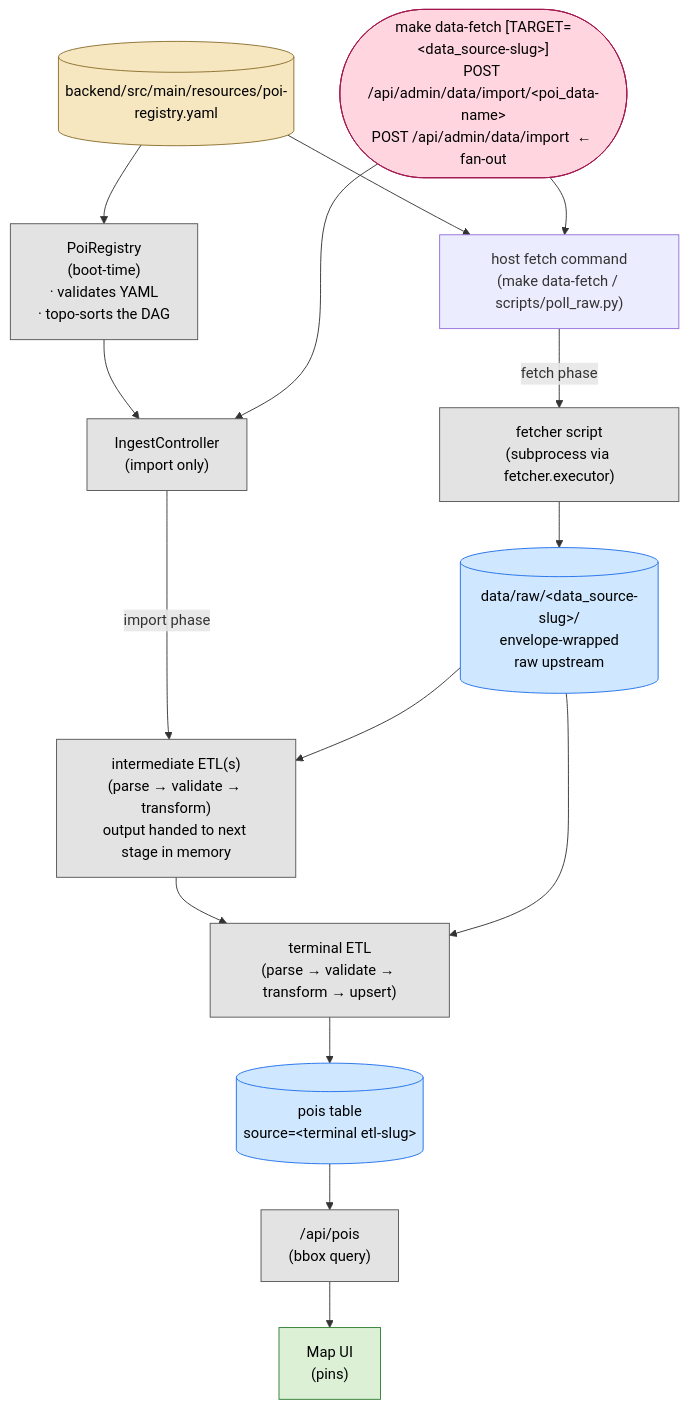
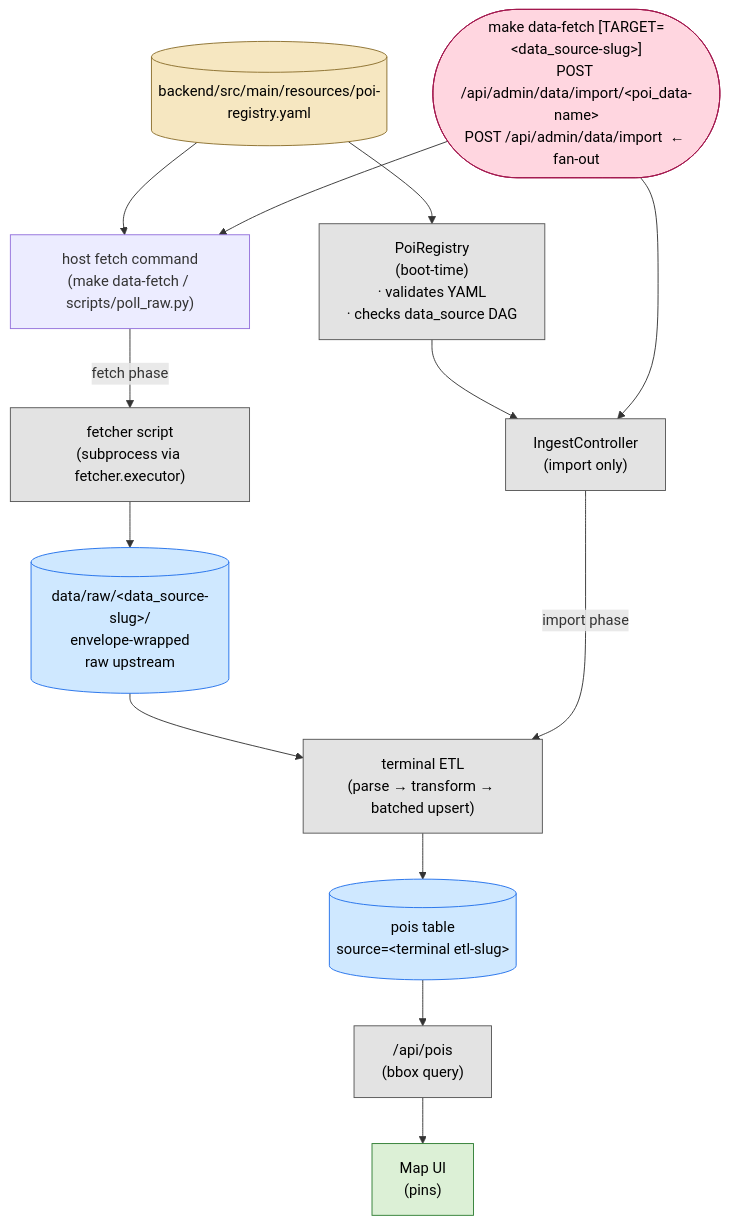
One commit to wwchen/roadtrip changed the diagram in docs/adding-a-data-source.md. Above: the diagram before and after it, drawn with Mermaid. The commit also changed other lines of this file and 51 other files, not shown here.

First line of the commit message:
refactor: stream terminal ETL upserts

````diff
--- a/docs/adding-a-data-source.md
+++ b/docs/adding-a-data-source.md
@@ -7,38 +7,36 @@
 ```mermaid
 flowchart TB
     YAML[("backend/src/main/resources/poi-registry.yaml")]
-    Registry["PoiRegistry<br/>(boot-time)<br/>· validates YAML<br/>· topo-sorts the DAG"]
+    Registry["PoiRegistry<br/>(boot-time)<br/>· validates YAML<br/>· checks data_source DAG"]
     FetchCtl["host fetch command<br/>(make data-fetch / scripts/poll_raw.py)"]
     Ingest["IngestController<br/>(import only)"]
     Fetcher["fetcher script<br/>(subprocess via fetcher.executor)"]
     Raw[("data/raw/&lt;data_source-slug&gt;/<br/>envelope-wrapped<br/>raw upstream")]
-    Inter["intermediate ETL(s)<br/>(parse → validate → transform)<br/>output handed to next stage in memory"]
-    Emit["terminal ETL<br/>(parse → validate → transform → upsert)"]
+    Emit["terminal ETL<br/>(parse → transform → batched upsert)"]
     Pois[("pois table<br/>source=&lt;terminal etl-slug&gt;")]
     PoisAPI["/api/pois<br/>(bbox query)"]
     FE["Map UI<br/>(pins)"]
 
     Trigger(["make data-fetch [TARGET=&lt;data_source-slug&gt;]<br/>POST /api/admin/data/import/&lt;poi_data-name&gt;<br/>POST /api/admin/data/import  ← fan-out"])
 
     YAML --> Registry --> Ingest
     YAML --> FetchCtl
     Trigger --> FetchCtl
     Trigger --> Ingest
     FetchCtl -- fetch phase --> Fetcher --> Raw
-    Ingest -- import phase --> Inter
-    Raw --> Inter --> Emit
     Raw --> Emit
+    Ingest -- import phase --> Emit
     Emit --> Pois
     Pois --> PoisAPI --> FE
 
     classDef cfg fill:#f6e7c1,stroke:#8a6d2b,color:#000
     classDef store fill:#cfe8ff,stroke:#1f6feb,color:#000
     classDef code fill:#e3e3e3,stroke:#555,color:#000
     classDef trig fill:#ffd6e0,stroke:#a3174e,color:#000
     classDef ui fill:#dcf0d6,stroke:#2e7d32,color:#000
     class YAML cfg
     class Raw,Pois store
-    class Registry,Ingest,Fetcher,Inter,Emit,PoisAPI code
+    class Registry,Ingest,Fetcher,Emit,PoisAPI code
     class Trigger trig
     class FE ui
 ```
````
